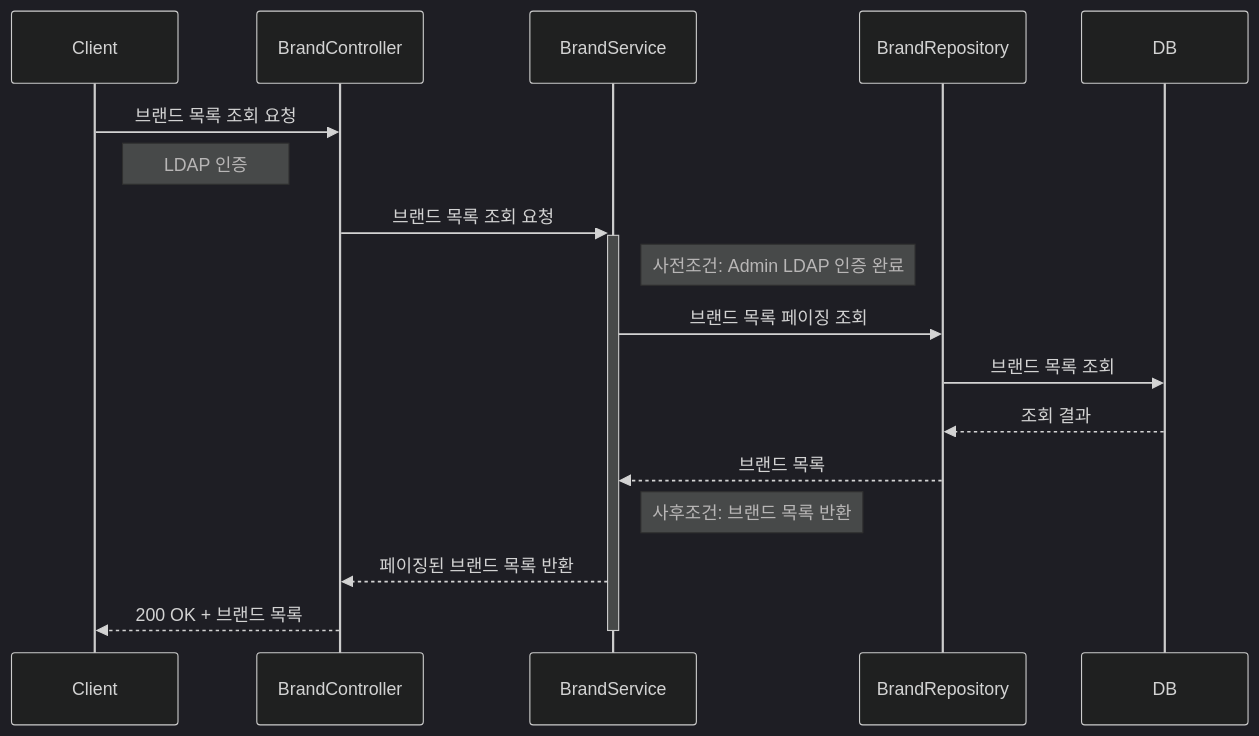
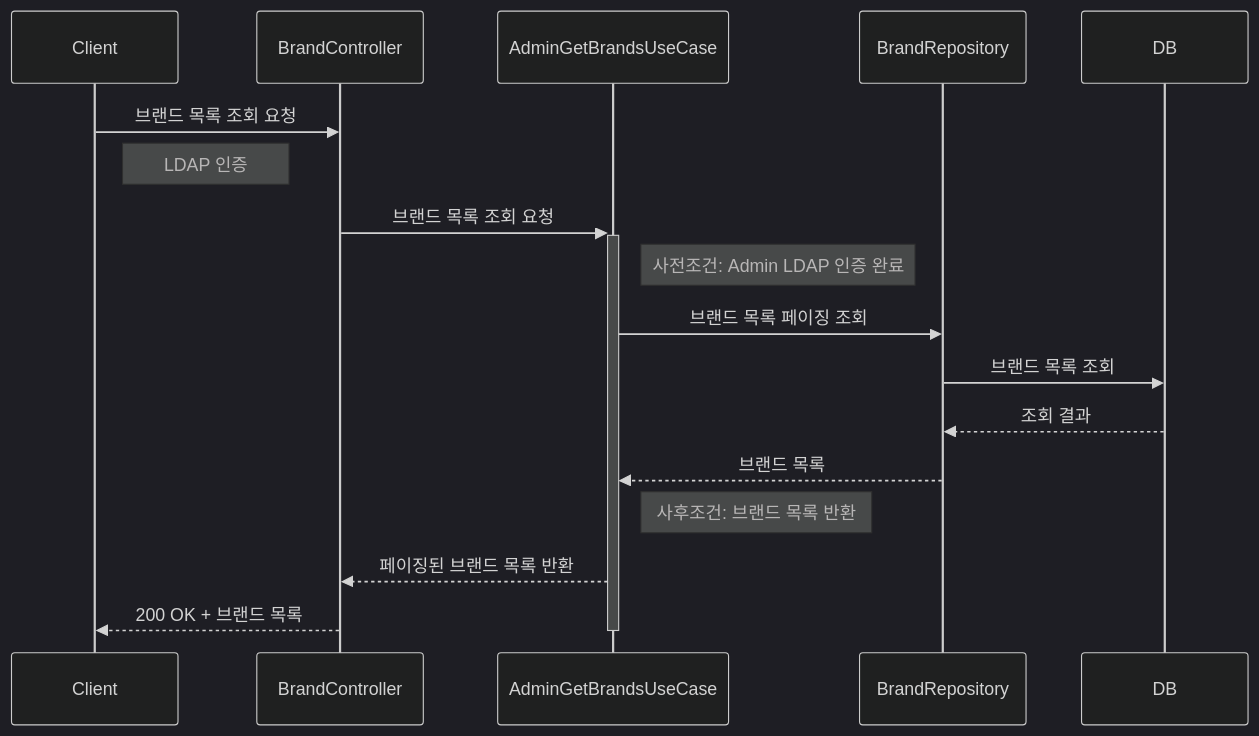
Before and after one commit to Loopers-dev-lab/loop-pack-be-l2-vol3-kotlin: the fifth of 25 diagrams in docs/design/02-sequence-diagrams.md, drawn with Mermaid (dark theme). The commit also changed other lines of this file and 1 other file, not shown here.

````diff
--- a/docs/design/02-sequence-diagrams.md
+++ b/docs/design/02-sequence-diagrams.md
@@ -242,25 +242,25 @@
 ```mermaid
 sequenceDiagram
     participant Client
     participant BrandController
-    participant BrandService
+    participant AdminGetBrandsUseCase
     participant BrandRepository
     participant DB
 
     Client->>BrandController: 브랜드 목록 조회 요청
     Note right of Client: LDAP 인증
-    BrandController->>+BrandService: 브랜드 목록 조회 요청
+    BrandController->>+AdminGetBrandsUseCase: 브랜드 목록 조회 요청
 
-    Note right of BrandService: 사전조건: Admin LDAP 인증 완료
+    Note right of AdminGetBrandsUseCase: 사전조건: Admin LDAP 인증 완료
 
-    BrandService->>BrandRepository: 브랜드 목록 페이징 조회
+    AdminGetBrandsUseCase->>BrandRepository: 브랜드 목록 페이징 조회
     BrandRepository->>DB: 브랜드 목록 조회
     DB-->>BrandRepository: 조회 결과
-    BrandRepository-->>BrandService: 브랜드 목록
+    BrandRepository-->>AdminGetBrandsUseCase: 브랜드 목록
 
-    Note right of BrandService: 사후조건: 브랜드 목록 반환
+    Note right of AdminGetBrandsUseCase: 사후조건: 브랜드 목록 반환
 
-    BrandService-->>BrandController: 페이징된 브랜드 목록 반환
+    AdminGetBrandsUseCase-->>BrandController: 페이징된 브랜드 목록 반환
     BrandController-->>Client: 200 OK + 브랜드 목록
-    deactivate BrandService
+    deactivate AdminGetBrandsUseCase
 ```
````
